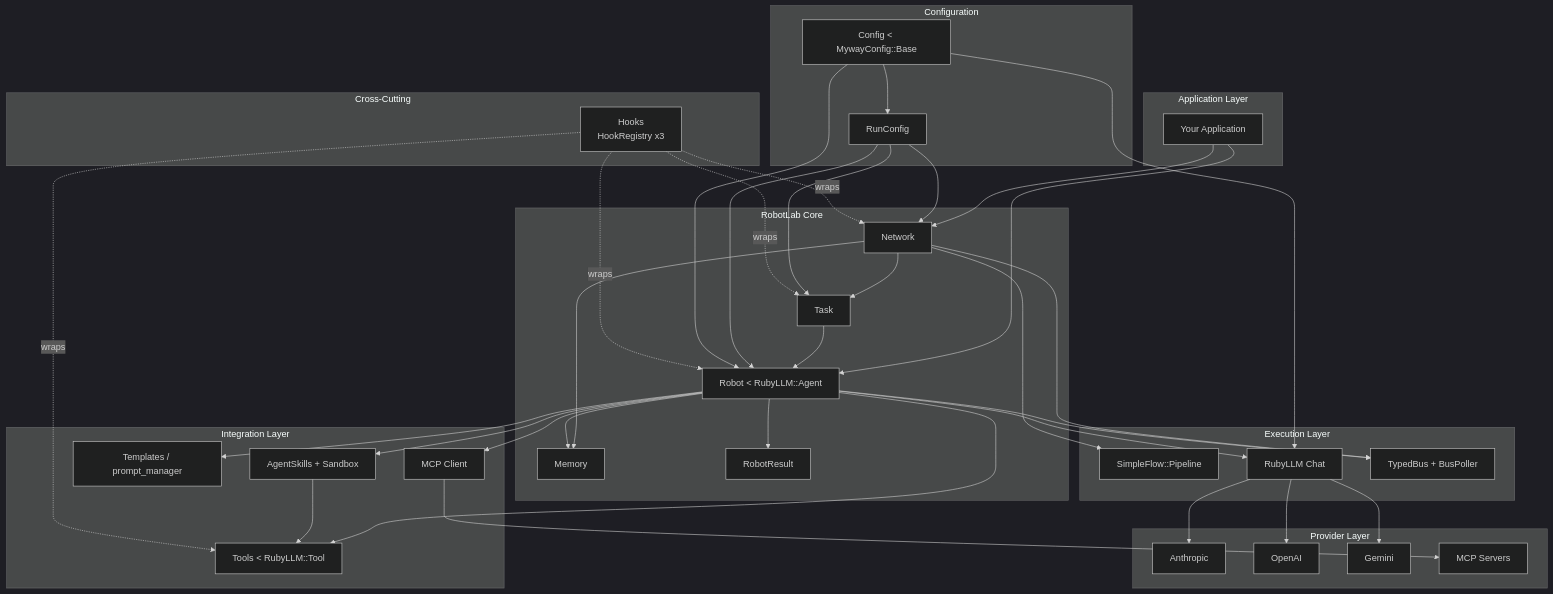
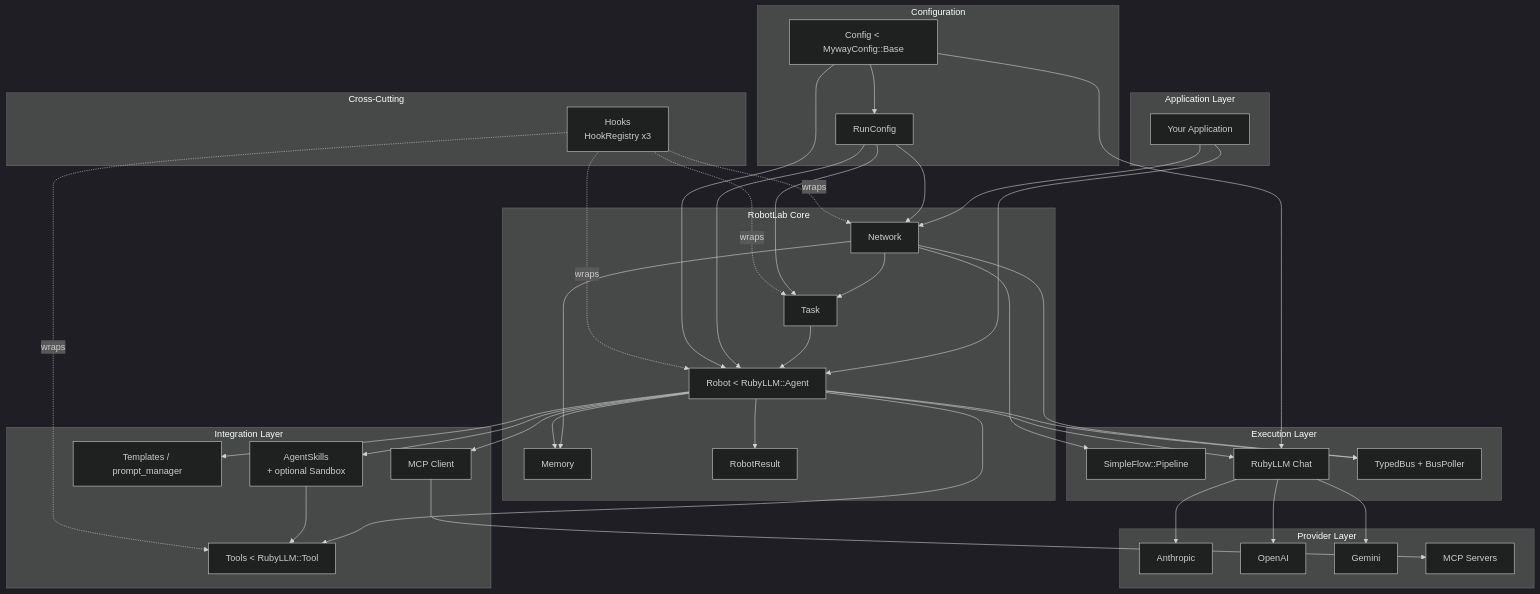
Before and after one commit to MadBomber/robot_lab: the first of 2 diagrams in docs/architecture/index.md, drawn with Mermaid (dark theme). The commit also changed other lines of this file and 16 other files, not shown here.

````diff
--- a/docs/architecture/index.md
+++ b/docs/architecture/index.md
@@ -38,74 +38,74 @@
 ```mermaid
 graph TB
     subgraph "Application Layer"
         A[Your Application]
     end
 
     subgraph "RobotLab Core"
         B[Network]
         C[Task]
         D[Robot &lt; RubyLLM::Agent]
         E[Memory]
         F[RobotResult]
     end
 
     subgraph "Configuration"
         G[Config &lt; MywayConfig::Base]
         R[RunConfig]
     end
 
     subgraph "Cross-Cutting"
         HK[Hooks<br/>HookRegistry x3]
     end
 
     subgraph "Integration Layer"
         H[MCP Client]
         I[Tools &lt; RubyLLM::Tool]
         J[Templates / prompt_manager]
-        SK[AgentSkills + Sandbox]
+        SK[AgentSkills<br/>+ optional Sandbox]
     end
 
     subgraph "Execution Layer"
         K[SimpleFlow::Pipeline]
         L[RubyLLM Chat]
         TB[TypedBus + BusPoller]
     end
 
     subgraph "Provider Layer"
         M[Anthropic]
         N[OpenAI]
         O[Gemini]
         P[MCP Servers]
     end
 
     A --> B
     A --> D
     B --> C
     C --> D
     B --> K
     B --> E
     B --> TB
     D --> E
     D --> L
     D --> TB
     D --> H
     D --> I
     D --> J
     D --> SK
     D --> F
     SK --> I
     G --> R
     R --> B
     R --> C
     R --> D
     G --> D
     G --> L
     HK -.wraps.-> B
     HK -.wraps.-> C
     HK -.wraps.-> D
     HK -.wraps.-> I
     L --> M
     L --> N
     L --> O
     H --> P
 ```
````
